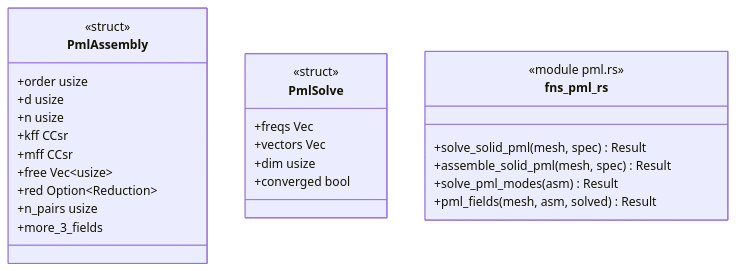
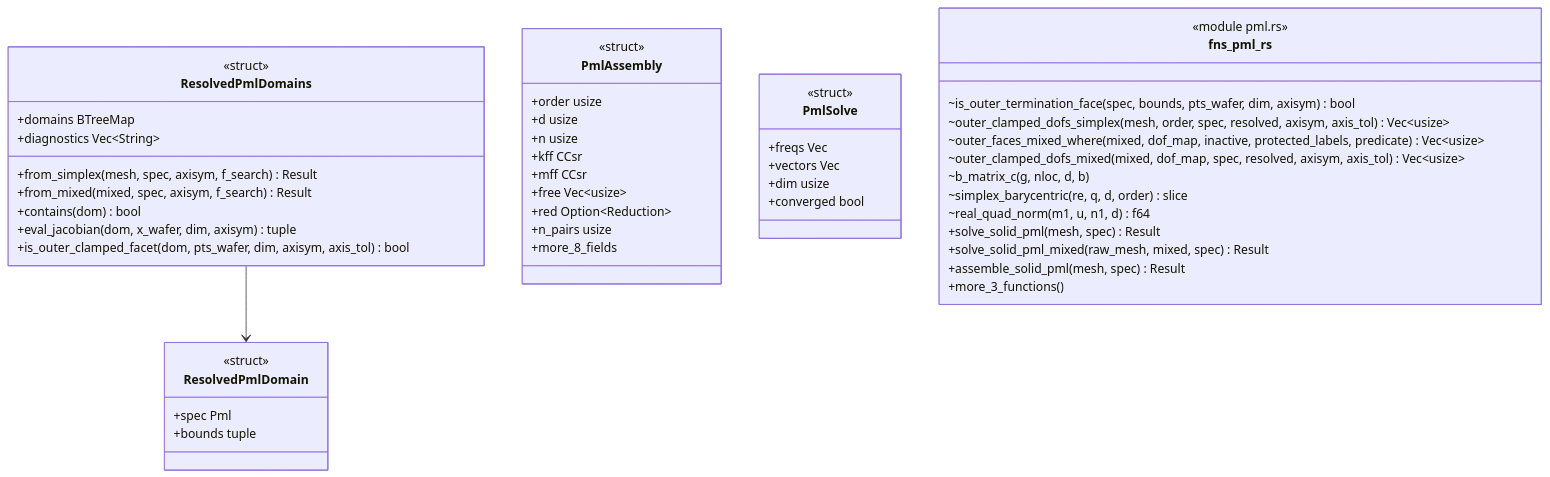
One commit to p-j-r/nyx changed the diagram in docs/architecture/c4/4-code/sms/pml.md. Above: the diagram before and after it, drawn with Mermaid. The commit also changed other lines of this file and 110 other files, not shown here.

````diff
--- a/docs/architecture/c4/4-code/sms/pml.md
+++ b/docs/architecture/c4/4-code/sms/pml.md
@@ -35,29 +42,52 @@
 ```mermaid
 classDiagram
+  class ResolvedPmlDomain {
+      <<struct>>
+      +spec Pml
+      +bounds tuple
+  }
+  class ResolvedPmlDomains {
+      <<struct>>
+      +domains BTreeMap
+      +diagnostics Vec~String~
+      +from_simplex(mesh, spec, axisym, f_search) Result
+      +from_mixed(mixed, spec, axisym, f_search) Result
+      +contains(dom) bool
+      +eval_jacobian(dom, x_wafer, dim, axisym) tuple
+      +is_outer_clamped_facet(dom, pts_wafer, dim, axisym, axis_tol) bool
+  }
   class PmlAssembly {
       <<struct>>
       +order usize
       +d usize
       +n usize
       +kff CCsr
       +mff CCsr
       +free Vec~usize~
       +red Option~Reduction~
       +n_pairs usize
-      +more_3_fields
+      +more_8_fields
   }
   class PmlSolve {
       <<struct>>
       +freqs Vec
       +vectors Vec
       +dim usize
       +converged bool
   }
   class fns_pml_rs {
       <<module pml.rs>>
+      ~is_outer_termination_face(spec, bounds, pts_wafer, dim, axisym) bool
+      ~outer_clamped_dofs_simplex(mesh, order, spec, resolved, axisym, axis_tol) Vec~usize~
+      ~outer_faces_mixed_where(mixed, dof_map, inactive, protected_labels, predicate) Vec~usize~
+      ~outer_clamped_dofs_mixed(mixed, dof_map, spec, resolved, axisym, axis_tol) Vec~usize~
+      ~b_matrix_c(g, nloc, d, b)
+      ~simplex_barycentric(re, q, d, order) slice
+      ~real_quad_norm(m1, u, n1, d) f64
       +solve_solid_pml(mesh, spec) Result
+      +solve_solid_pml_mixed(raw_mesh, mixed, spec) Result
       +assemble_solid_pml(mesh, spec) Result
-      +solve_pml_modes(asm) Result
-      +pml_fields(mesh, asm, solved) Result
+      +more_3_functions()
   }
+  ResolvedPmlDomains --> ResolvedPmlDomain
 ```
````
